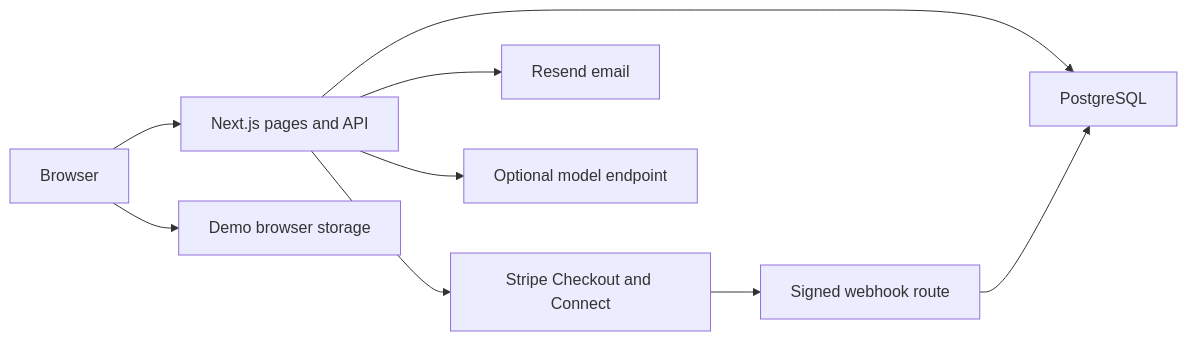
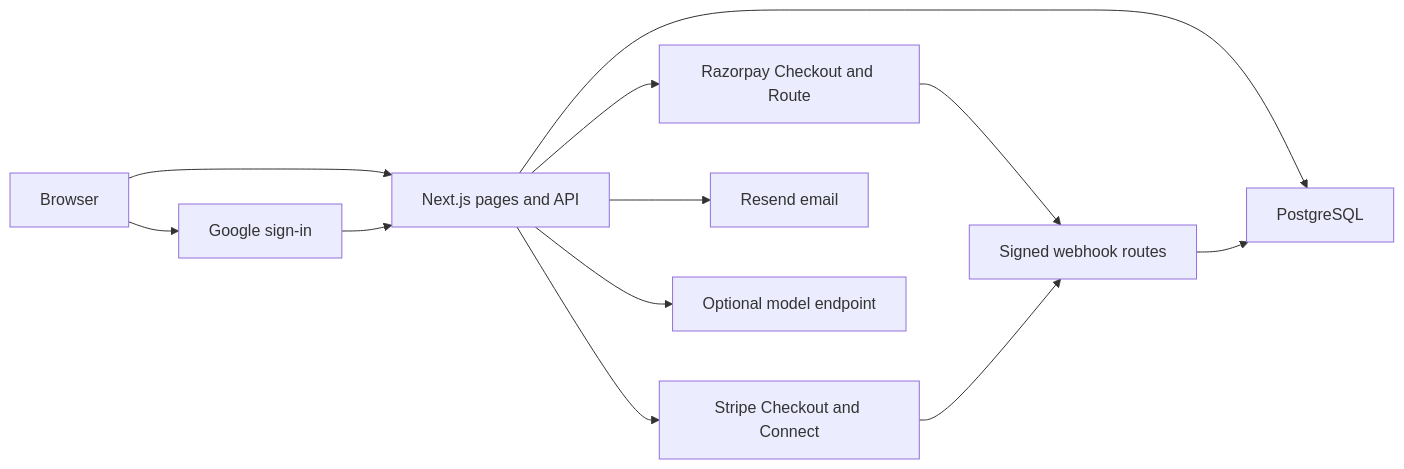
The diagram in README.md (kandulanikhilvarma/fairstage), drawn with Mermaid before and after one commit. The commit also changed other lines of this file and 82 other files, not shown here.

````diff
--- a/README.md
+++ b/README.md
@@ -109,11 +133,14 @@
 ```mermaid
 flowchart LR
     B["Browser"] --> N["Next.js pages and API"]
-    B --> D["Demo browser storage"]
     N --> P["PostgreSQL"]
+    B --> G["Google sign-in"]
+    G --> N
+    N --> R["Razorpay Checkout and Route"]
     N --> S["Stripe Checkout and Connect"]
-    S --> W["Signed webhook route"]
+    R --> W["Signed webhook routes"]
+    S --> W
     W --> P
     N --> E["Resend email"]
     N --> A["Optional model endpoint"]
 ```
````
